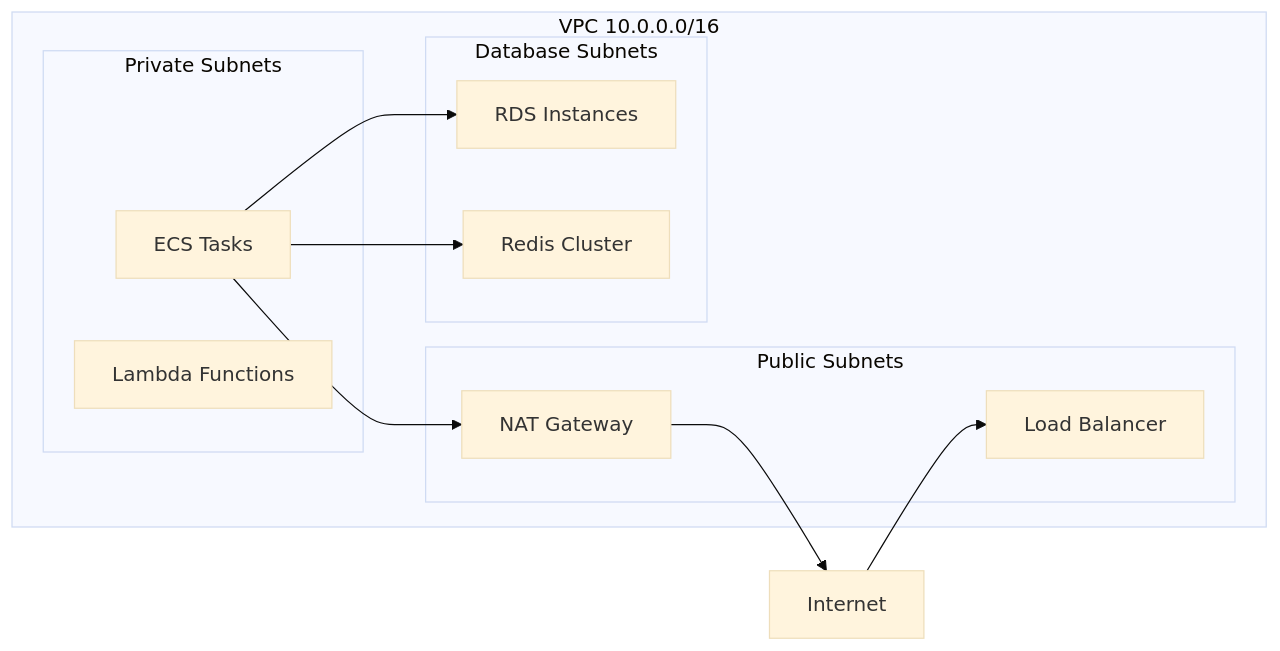
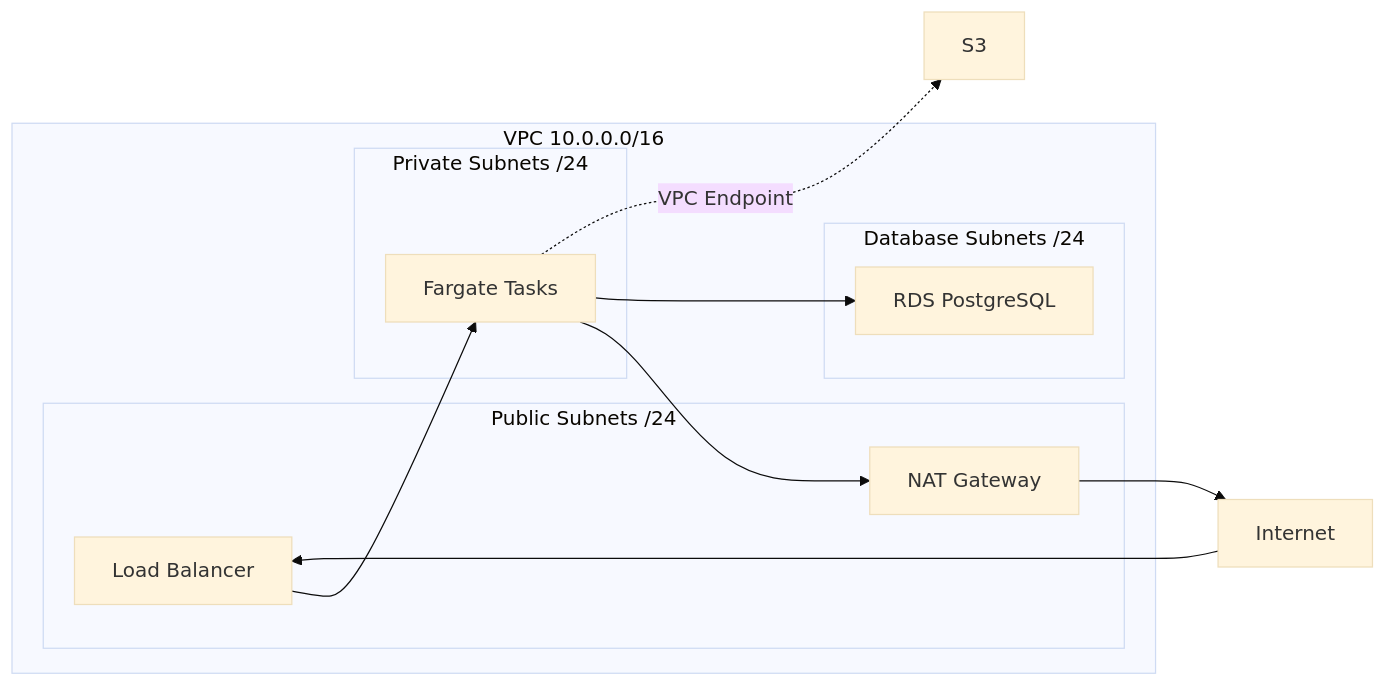
The second of 2 diagrams in docs/infrastructure.md (femimada/paperwurks-infrastructure), drawn with Mermaid (base theme) before and after one commit. The commit also changed other lines of this file and 1 other file, not shown here.

````diff
--- a/docs/infrastructure.md
+++ b/docs/infrastructure.md
@@ -111,23 +144,22 @@
 ```mermaid
 graph LR
     subgraph "VPC 10.0.0.0/16"
-        subgraph "Public Subnets"
+        subgraph "Public Subnets /24"
             ALB[Load Balancer]
             NAT[NAT Gateway]
         end
-        subgraph "Private Subnets"
-            ECS[ECS Tasks]
-            LAMBDA[Lambda Functions]
+        subgraph "Private Subnets /24"
+            FARGATE[Fargate Tasks]
         end
-        subgraph "Database Subnets"
-            RDS[RDS Instances]
-            REDIS[Redis Cluster]
+        subgraph "Database Subnets /24"
+            RDS[RDS PostgreSQL]
         end
     end
 
     Internet --> ALB
-    ECS --> NAT
+    ALB --> FARGATE
+    FARGATE --> NAT
     NAT --> Internet
-    ECS --> RDS
-    ECS --> REDIS
+    FARGATE --> RDS
+    FARGATE -.VPC Endpoint.-> S3
 ```
````
